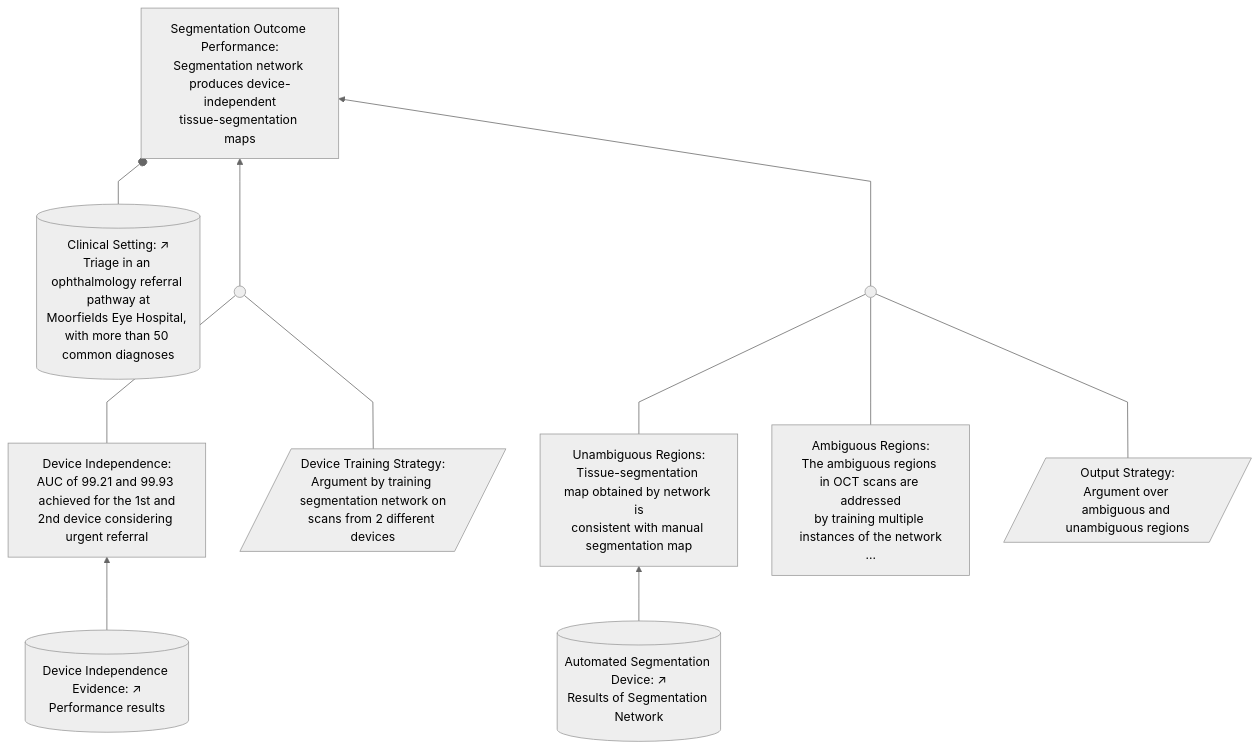
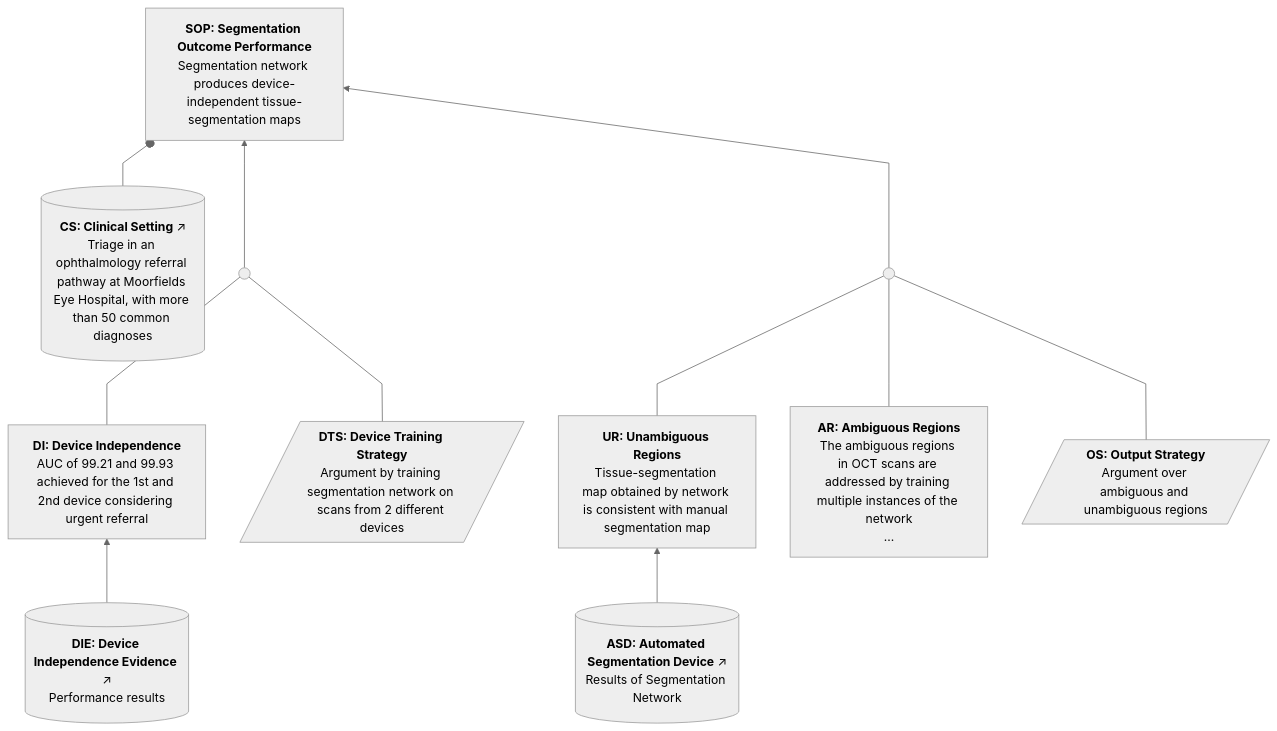
One commit to coreinfrastructure/best-practices-badge changed diagram 20 of 20 in docs/sacm-mermaid.md. Above: the diagram before and after it, drawn with Mermaid. The commit also changed other lines of this file, not shown here.

First line of the commit message:
Update Figure 8 labels to use bold name convention

````diff
--- a/docs/sacm-mermaid.md
+++ b/docs/sacm-mermaid.md
@@ -1131,35 +1132,35 @@
 ```mermaid
 ---
 config:
   theme: neutral
   flowchart:
     curve: linear
     htmlLabels: true
     rankSpacing: 60
     nodeSpacing: 45
     padding: 15
 ---
 flowchart BT
-    SOP["Segmentation Outcome Performance:<br>Segmentation network produces device-independent<br>tissue-segmentation maps"]
-    CS[("Clinical Setting: ↗<br>Triage in an ophthalmology referral pathway at<br>Moorfields Eye Hospital, with more than 50 common diagnoses")]
-    DTS[/"Device Training Strategy:<br>Argument by training segmentation network on<br>scans from 2 different devices"/]
-    OS[/"Output Strategy:<br>Argument over ambiguous and unambiguous regions"/]
-    DI["Device Independence:<br>AUC of 99.21 and 99.93 achieved for the 1st and<br>2nd device considering urgent referral"]
-    UR["Unambiguous Regions:<br>Tissue-segmentation map obtained by network is<br>consistent with manual segmentation map"]
-    AR["Ambiguous Regions:<br>The ambiguous regions in OCT scans are addressed<br>by training multiple instances of the network<br>..."]
-    DIE[("Device Independence Evidence: ↗<br>Performance results")]
-    ASD[("Automated Segmentation Device: ↗<br>Results of Segmentation Network")]
+    SOP["<b>SOP: Segmentation Outcome Performance</b><br>Segmentation network produces device-independent tissue-segmentation maps"]
+    CS[("<b>CS: Clinical Setting</b> ↗<br>Triage in an ophthalmology referral pathway at Moorfields Eye Hospital, with more than 50 common diagnoses")]
+    DTS[/"<b>DTS: Device Training Strategy</b><br>Argument by training segmentation network on scans from 2 different devices"/]
+    OS[/"<b>OS: Output Strategy</b><br>Argument over ambiguous and unambiguous regions"/]
+    DI["<b>DI: Device Independence</b><br>AUC of 99.21 and 99.93 achieved for the 1st and 2nd device considering urgent referral"]
+    UR["<b>UR: Unambiguous Regions</b><br>Tissue-segmentation map obtained by network is consistent with manual segmentation map"]
+    AR["<b>AR: Ambiguous Regions</b><br>The ambiguous regions in OCT scans are addressed by training multiple instances of the network<br>..."]
+    DIE[("<b>DIE: Device Independence Evidence</b> ↗<br>Performance results")]
+    ASD[("<b>ASD: Automated Segmentation Device</b> ↗<br>Results of Segmentation Network")]
     Inf1((" "))
     Inf2((" "))
 
     CS --o SOP
     DI --- Inf1
     DTS --- Inf1
     Inf1 --> SOP
     UR --- Inf2
     AR --- Inf2
     OS --- Inf2
     Inf2 --> SOP
     DIE --> DI
     ASD --> UR
 ```
````
